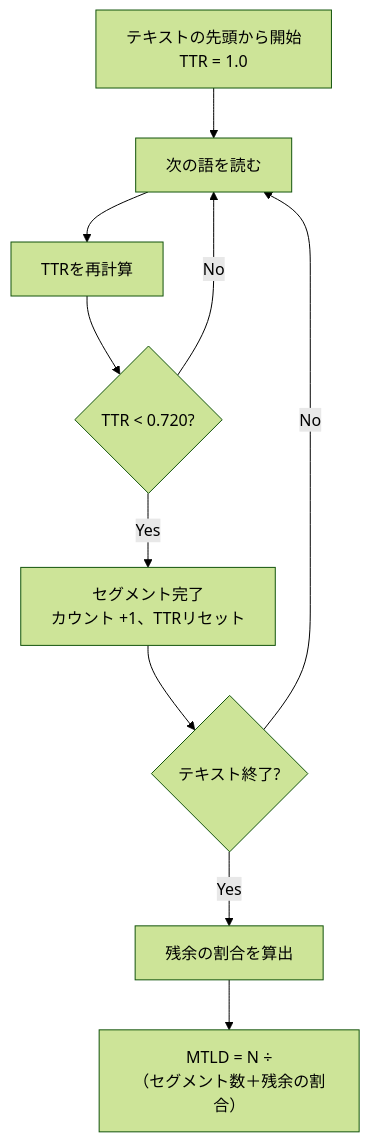
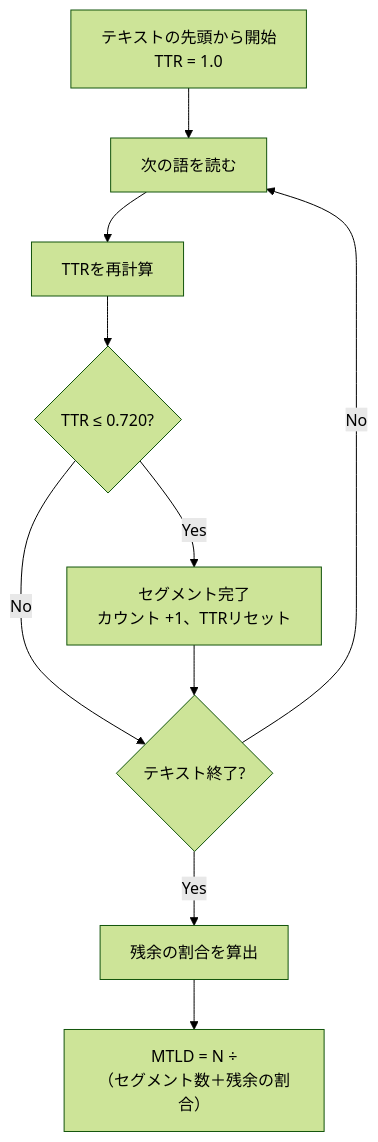
The fifth of 5 diagrams in docs/01-special-lecture-on-linguistics/10b-colab-advanced.md (kr-jp/kr-jp.github.io), drawn with Mermaid (forest theme) before and after one commit. The commit also changed other lines of this file and 4 other files, not shown here.

````diff
--- a/docs/01-special-lecture-on-linguistics/10b-colab-advanced.md
+++ b/docs/01-special-lecture-on-linguistics/10b-colab-advanced.md
@@ -1104,12 +1104,12 @@
 ``` mermaid
 flowchart TD
     A["テキストの先頭から開始<br/>TTR = 1.0"] --> B["次の語を読む"]
     B --> C["TTRを再計算"]
-    C --> D{"TTR < 0.720?"}
-    D -- "No" --> B
+    C --> D{"TTR ≤ 0.720?"}
+    D -- "No" --> F
     D -- "Yes" --> E["セグメント完了<br/>カウント +1、TTRリセット"]
     E --> F{"テキスト終了?"}
     F -- "No" --> B
     F -- "Yes" --> G["残余の割合を算出"]
     G --> H["MTLD = N ÷<br/>（セグメント数＋残余の割合）"]
 ```
````
